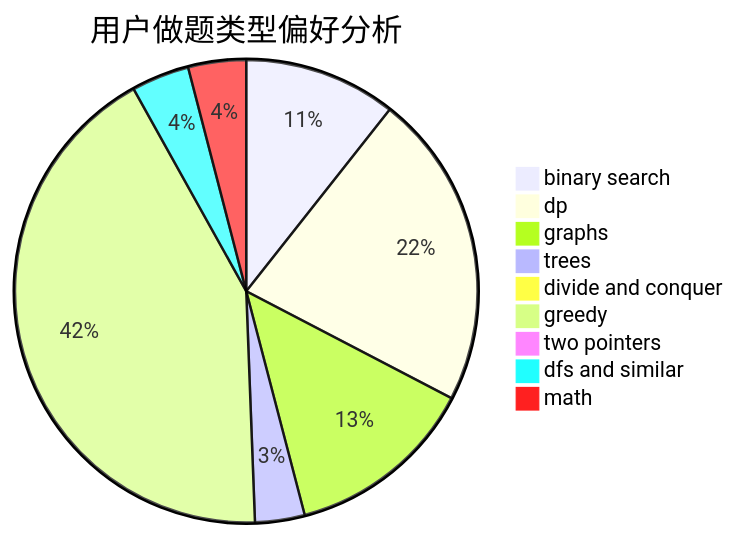
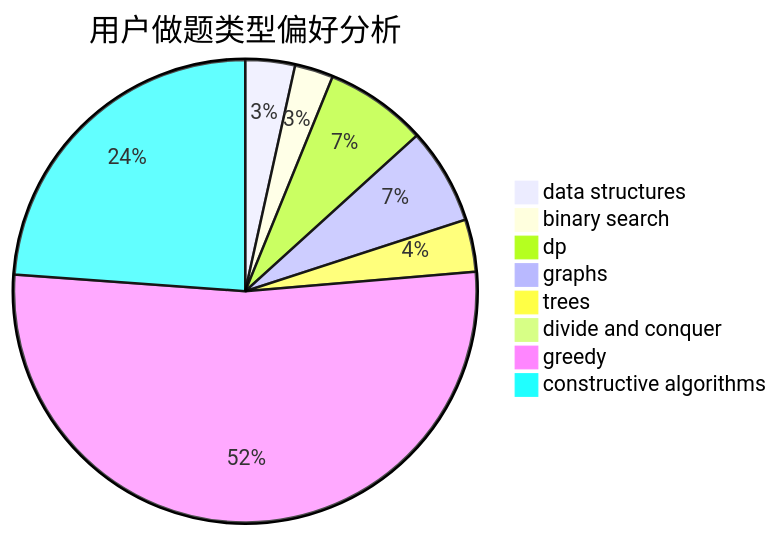
Before and after one commit to sherpahu/cfrs.github.io: the second of 3 diagrams in docs/user/u915.md, drawn with Mermaid. The commit also changed other lines of this file and 2775 other files, not shown here.

````diff
--- a/docs/user/u915.md
+++ b/docs/user/u915.md
@@ -23,12 +23,11 @@
 ```mermaid
 pie title 用户做题类型偏好分析
-    "binary search" :  221
-    "dp" :  457
-    "graphs" :  276
-    "trees" :  72
-    "divide and conquer" :  8
-    "greedy" :  883
-    "two pointers" :  17
-    "dfs and similar" :  84
-    "math" :  84
+    "data structures" :  18
+    "binary search" :  14
+    "dp" :  37
+    "graphs" :  35
+    "trees" :  19
+    "divide and conquer" :  1
+    "greedy" :  273
+    "constructive algorithms" :  124
 ```
````
